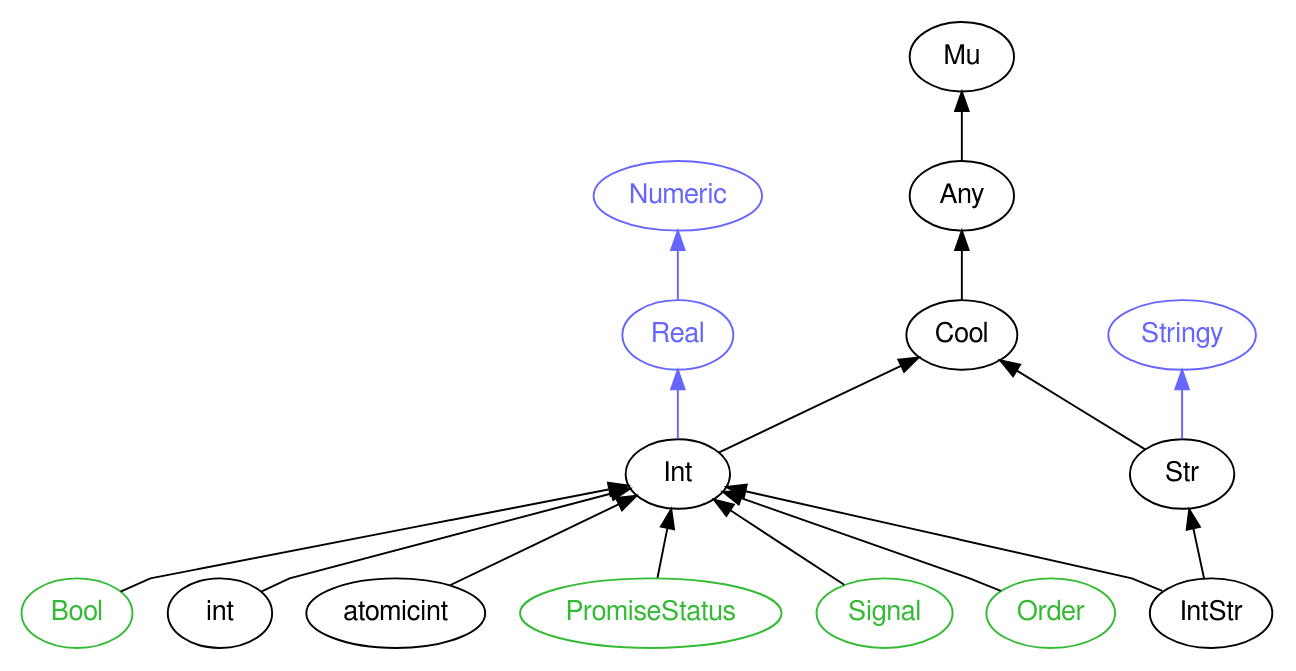
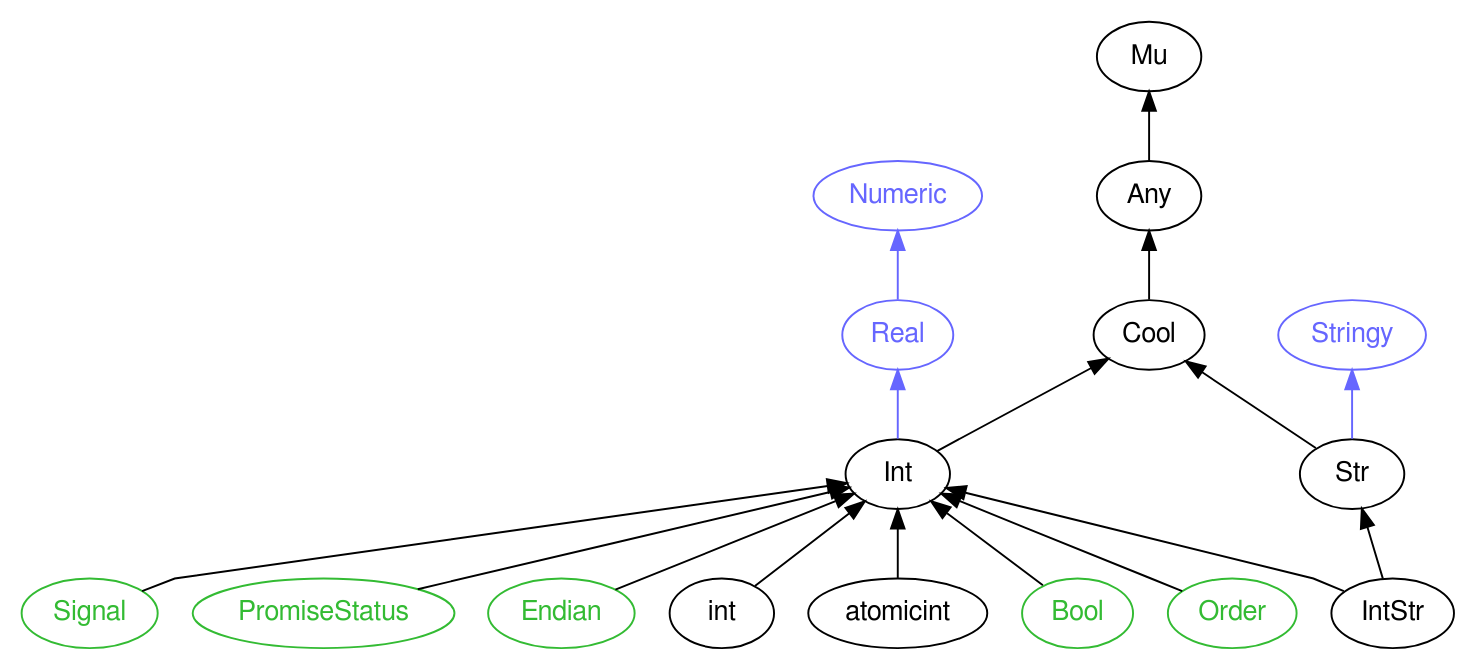
Before and after one commit to perl6docs/perl6docs.github.io: the diagram in images/type-graph-Int.svg.dot, drawn with Graphviz. The commit also changed 1879 other files, not shown here.

```diff
--- a/images/type-graph-Int.svg.dot
+++ b/images/type-graph-Int.svg.dot
@@ -1,40 +1,42 @@
 digraph "perl6-type-graph" {
     rankdir=BT;
     splines=polyline;
     overlap=false; 
     // Types
     "Int" [color="#000000", fontcolor="#000000", href="/type/Int", fontname="FreeSans"];
     "Mu" [color="#000000", fontcolor="#000000", href="/type/Mu", fontname="FreeSans"];
     "Any" [color="#000000", fontcolor="#000000", href="/type/Any", fontname="FreeSans"];
     "Cool" [color="#000000", fontcolor="#000000", href="/type/Cool", fontname="FreeSans"];
     "Numeric" [color="#6666FF", fontcolor="#6666FF", href="/type/Numeric", fontname="FreeSans"];
     "Real" [color="#6666FF", fontcolor="#6666FF", href="/type/Real", fontname="FreeSans"];
-    "Bool" [color="#33BB33", fontcolor="#33BB33", href="/type/Bool", fontname="FreeSans"];
+    "Signal" [color="#33BB33", fontcolor="#33BB33", href="/type/Signal", fontname="FreeSans"];
+    "PromiseStatus" [color="#33BB33", fontcolor="#33BB33", href="/type/PromiseStatus", fontname="FreeSans"];
+    "Endian" [color="#33BB33", fontcolor="#33BB33", href="/type/Endian", fontname="FreeSans"];
     "int" [color="#000000", fontcolor="#000000", href="/type/int", fontname="FreeSans"];
     "atomicint" [color="#000000", fontcolor="#000000", href="/type/atomicint", fontname="FreeSans"];
-    "PromiseStatus" [color="#33BB33", fontcolor="#33BB33", href="/type/PromiseStatus", fontname="FreeSans"];
+    "Bool" [color="#33BB33", fontcolor="#33BB33", href="/type/Bool", fontname="FreeSans"];
     "Stringy" [color="#6666FF", fontcolor="#6666FF", href="/type/Stringy", fontname="FreeSans"];
     "Str" [color="#000000", fontcolor="#000000", href="/type/Str", fontname="FreeSans"];
     "IntStr" [color="#000000", fontcolor="#000000", href="/type/IntStr", fontname="FreeSans"];
-    "Signal" [color="#33BB33", fontcolor="#33BB33", href="/type/Signal", fontname="FreeSans"];
     "Order" [color="#33BB33", fontcolor="#33BB33", href="/type/Order", fontname="FreeSans"];
 
     // Superclasses
     "Int" -> "Cool" [color="#000000"];
     "Any" -> "Mu" [color="#000000"];
     "Cool" -> "Any" [color="#000000"];
-    "Bool" -> "Int" [color="#000000"];
+    "Signal" -> "Int" [color="#000000"];
+    "PromiseStatus" -> "Int" [color="#000000"];
+    "Endian" -> "Int" [color="#000000"];
     "int" -> "Int" [color="#000000"];
     "atomicint" -> "Int" [color="#000000"];
-    "PromiseStatus" -> "Int" [color="#000000"];
+    "Bool" -> "Int" [color="#000000"];
     "Str" -> "Cool" [color="#000000"];
     "IntStr" -> "Int" [color="#000000"];
     "IntStr" -> "Str" [color="#000000"];
-    "Signal" -> "Int" [color="#000000"];
     "Order" -> "Int" [color="#000000"];
 
     // Roles
     "Int" -> "Real" [color="#6666FF"];
     "Real" -> "Numeric" [color="#6666FF"];
     "Str" -> "Stringy" [color="#6666FF"];
 }
```
